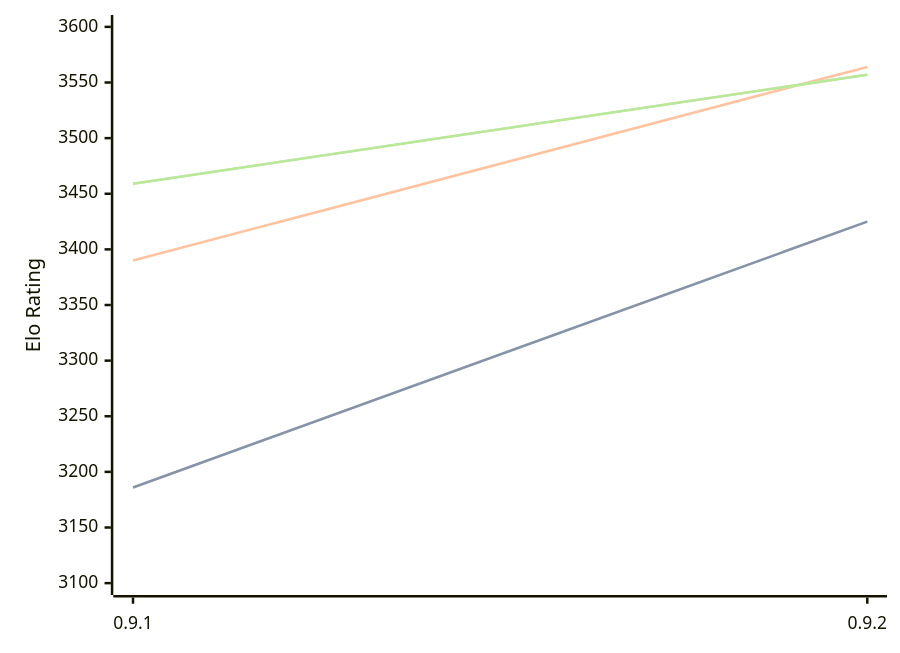
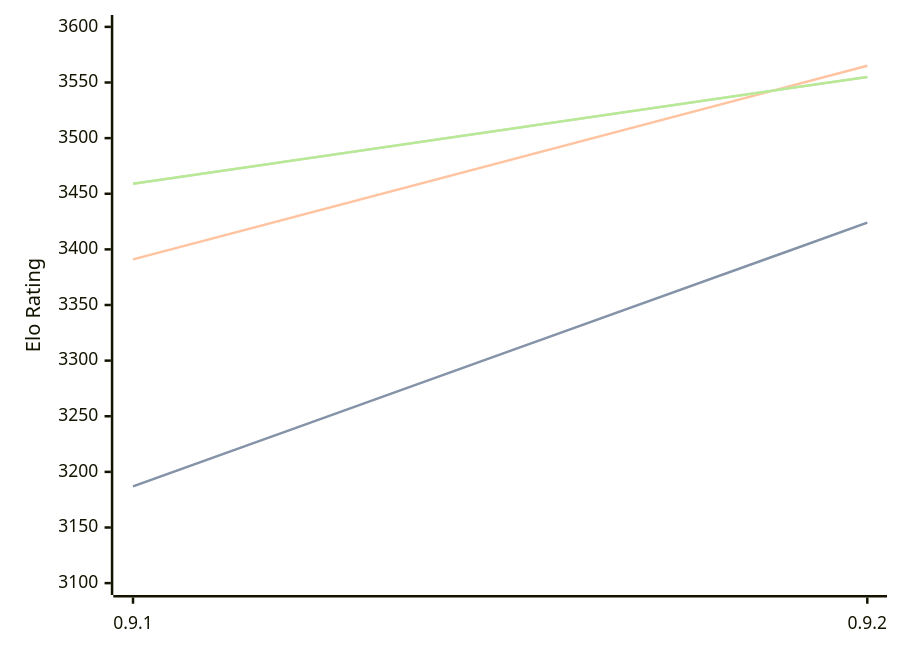
Before and after one commit to computer-chess-index/cci: the diagram in engines/Coda.md, drawn with Mermaid. The commit also changed other lines of this file, not shown here.

Commit message:
Update CCI Ratings (ELO VLTC) - 2026-07-23

````diff
--- a/engines/Coda.md
+++ b/engines/Coda.md
@@ -32,11 +32,11 @@
 ```mermaid
 %%{init: {"theme":"base","themeVariables":{"seriesColors:['#a3a3a3','#222221','#faa371']}}}%%
 xychart-beta
   x-axis ["0.9.1", "0.9.2"]
   y-axis "Elo Rating" 3100 --> 3600
-  line "STC (8.0+0.08s)" [3186, 3425]
-  line "STC (8.0+0.08s)" [3186, 3425]
-  line "LTC (60.0+0.60s)" [3390, 3564]
-  line "VLTC (2m24s+1.12s)" [3459, 3557]
-  line "VLTC (2m24s+1.12s)" [3459, 3557]
+  line "STC (8.0+0.08s)" [3187, 3424]
+  line "STC (8.0+0.08s)" [3187, 3424]
+  line "LTC (60.0+0.60s)" [3391, 3565]
+  line "VLTC (2m24s+1.12s)" [3459, 3555]
+  line "VLTC (2m24s+1.12s)" [3459, 3555]
 ```
````
